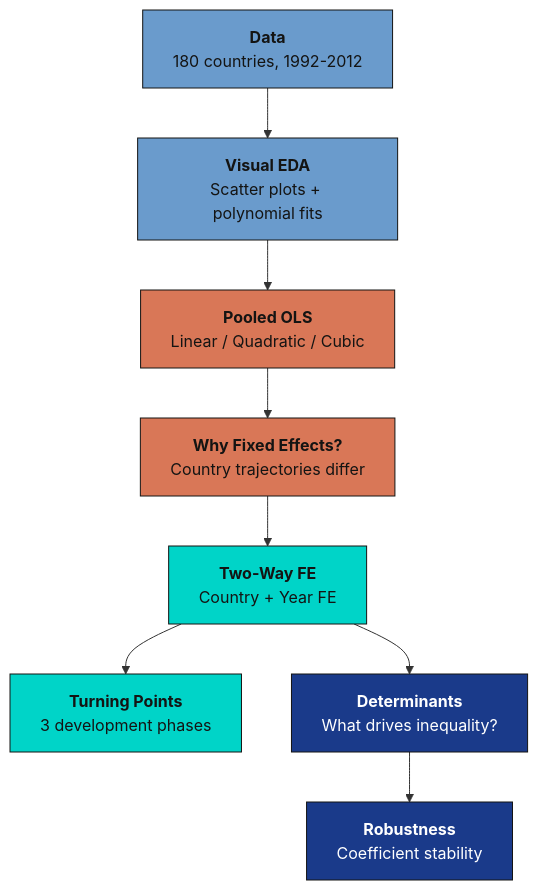
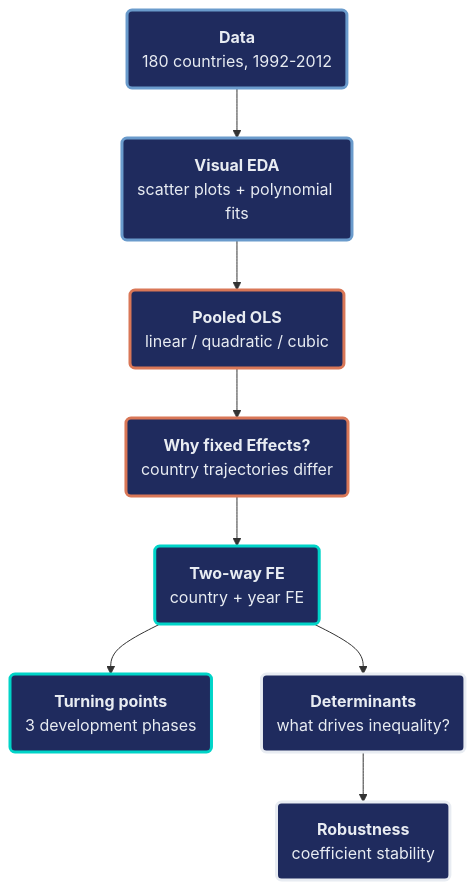
The diagram in content/post/python_fe_kuznets/index.md (cmg777/starter-academic-v501), drawn with Mermaid before and after one commit. The commit also changed other lines of this file and 16 other files, not shown here.

First line of the commit message:
content(mermaid): restyle flowcharts in Python posts, batch 1 of 2

````diff
--- a/content/post/python_fe_kuznets/index.md
+++ b/content/post/python_fe_kuznets/index.md
@@ -85,18 +85,18 @@
 ```mermaid
 graph TD
-    A["<b>Data</b><br/>180 countries, 1992-2012"] --> B["<b>Visual EDA</b><br/>Scatter plots + polynomial fits"]
-    B --> C["<b>Pooled OLS</b><br/>Linear / Quadratic / Cubic"]
-    C --> D["<b>Why Fixed Effects?</b><br/>Country trajectories differ"]
-    D --> E["<b>Two-Way FE</b><br/>Country + Year FE"]
-    E --> F["<b>Turning Points</b><br/>3 development phases"]
-    E --> G["<b>Determinants</b><br/>What drives inequality?"]
-    G --> H["<b>Robustness</b><br/>Coefficient stability"]
-    style A fill:#6a9bcc,stroke:#141413,color:#141413
-    style B fill:#6a9bcc,stroke:#141413,color:#141413
-    style C fill:#d97757,stroke:#141413,color:#141413
-    style D fill:#d97757,stroke:#141413,color:#141413
-    style E fill:#00d4c8,stroke:#141413,color:#141413
-    style F fill:#00d4c8,stroke:#141413,color:#141413
-    style G fill:#1a3a8a,stroke:#141413,color:#fff
-    style H fill:#1a3a8a,stroke:#141413,color:#fff
+    A("<b>Data</b><br/>180 countries, 1992-2012") --> B("<b>Visual EDA</b><br/>scatter plots + polynomial fits")
+    B --> C("<b>Pooled OLS</b><br/>linear / quadratic / cubic")
+    C --> D("<b>Why fixed Effects?</b><br/>country trajectories differ")
+    D --> E("<b>Two-way FE</b><br/>country + year FE")
+    E --> F("<b>Turning points</b><br/>3 development phases")
+    E --> G("<b>Determinants</b><br/>what drives inequality?")
+    G --> H("<b>Robustness</b><br/>coefficient stability")
+    classDef blue fill:#1f2b5e,stroke:#6a9bcc,stroke-width:3px,color:#e8ecf2
+    classDef orange fill:#1f2b5e,stroke:#d97757,stroke-width:3px,color:#e8ecf2
+    classDef teal fill:#1f2b5e,stroke:#00d4c8,stroke-width:3px,color:#e8ecf2
+    classDef key fill:#1f2b5e,stroke:#e8ecf2,stroke-width:3px,color:#e8ecf2
+    class A,B blue
+    class C,D orange
+    class E,F teal
+    class G,H key
 ```
````
